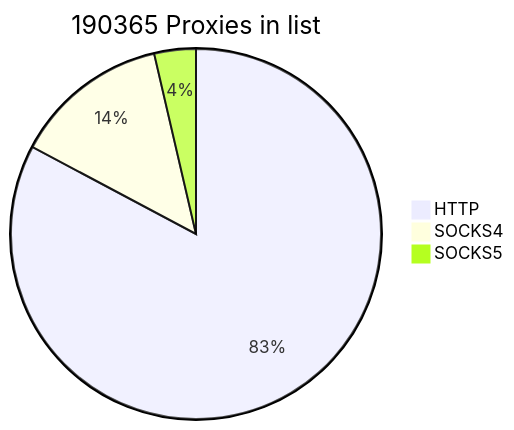
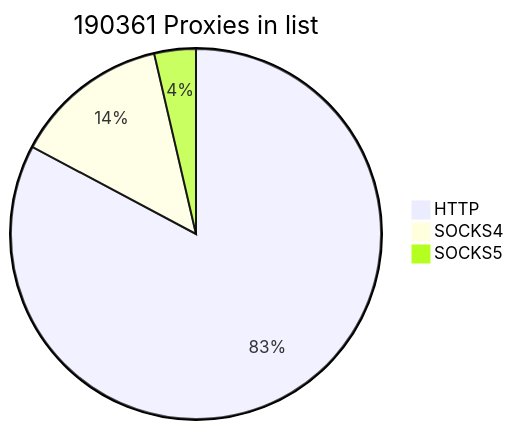
One commit to cutipu/proxylist changed the first of 2 diagrams in README.md. Above: the diagram before and after it, drawn with Mermaid. The commit also changed other lines of this file, not shown here.

````diff
--- a/README.md
+++ b/README.md
@@ -2,7 +2,7 @@
 ```mermaid
-pie title 190365 Proxies in list
+pie title 190361 Proxies in list
     "HTTP" : 157589
     "SOCKS4" : 25863
-    "SOCKS5" : 6913
+    "SOCKS5" : 6909
             
 ```
````
